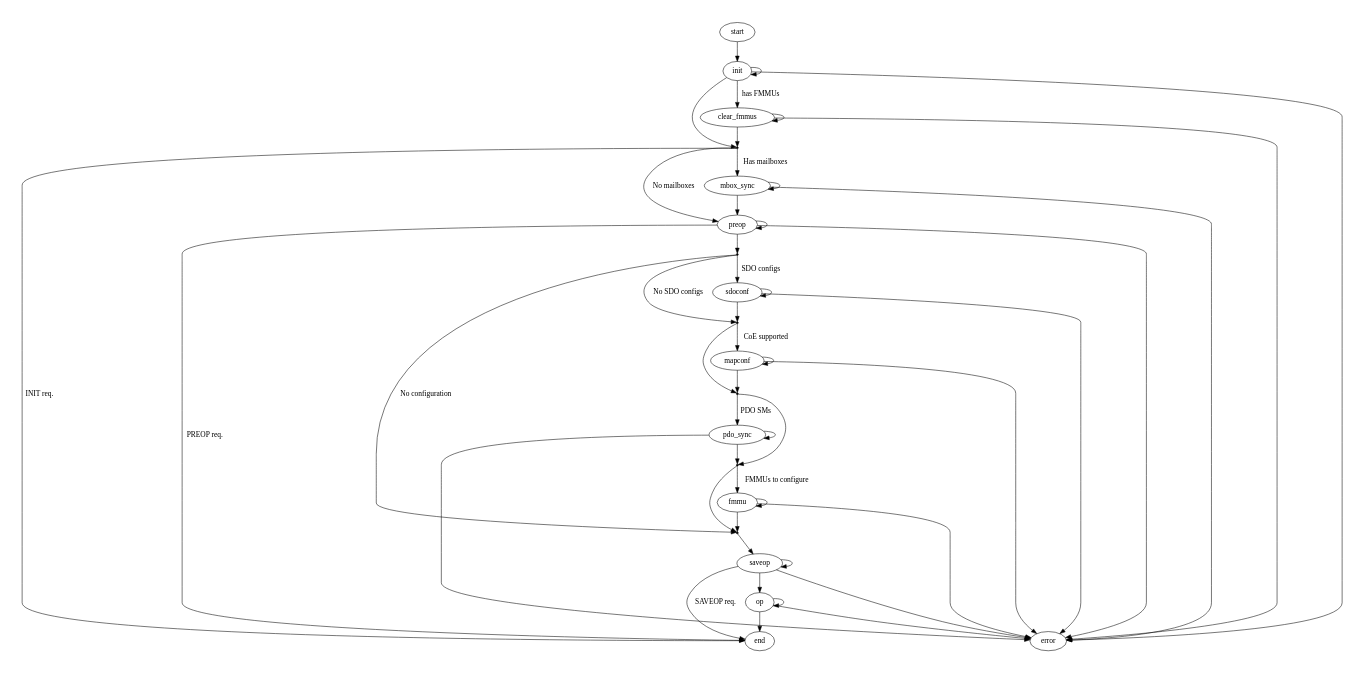
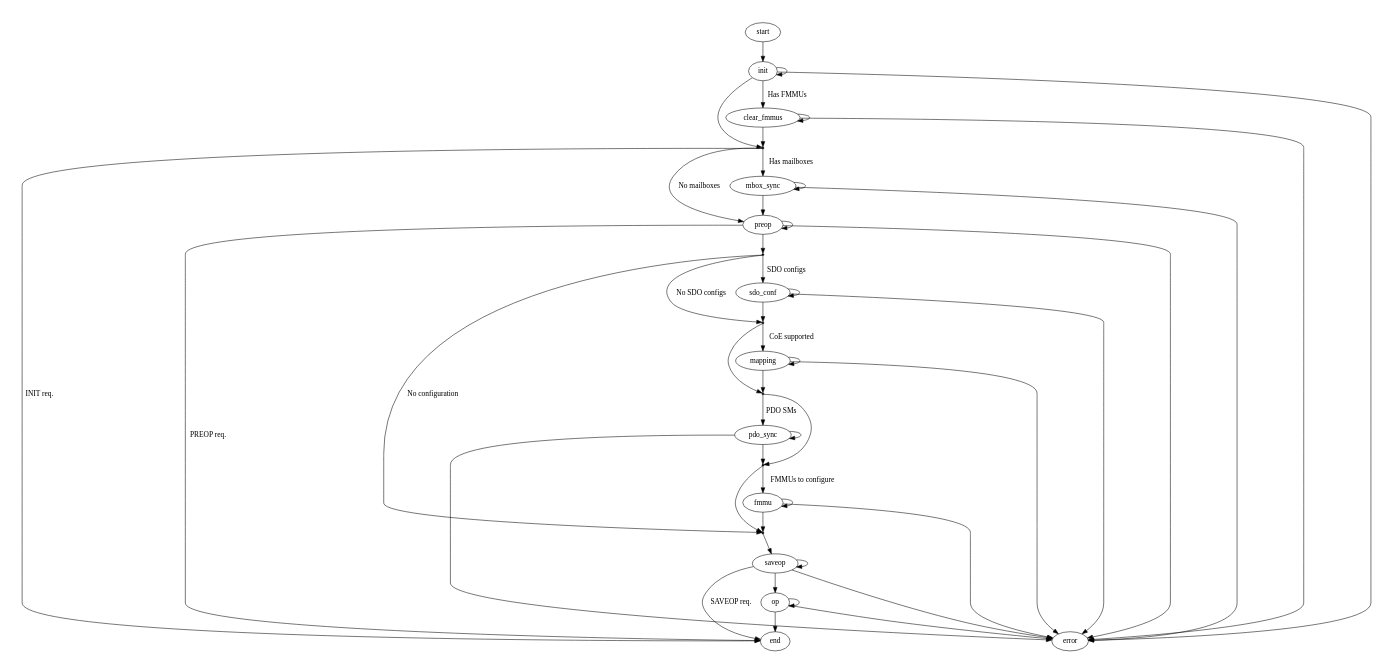
The diagram in documentation/graphs/fsm_slave_conf.dot (ribalda/ethercat), drawn with Graphviz before and after one commit. The commit also changed 1 other file, not shown here.

Commit message:
Renamed a few configuration states.

```diff
--- a/documentation/graphs/fsm_slave_conf.dot
+++ b/documentation/graphs/fsm_slave_conf.dot
@@ -1,60 +1,60 @@
 digraph slaveconf {
     size="7,9"
     center=1
 	ratio=fill
 
     enter_mbox_sync [shape=point,label=""]
     enter_fmmu [shape=point,label=""]
-    enter_sdoconf [shape=point,label=""]
-    enter_mapconf [shape=point,label=""]
+    enter_sdo_conf [shape=point,label=""]
+    enter_mapping [shape=point,label=""]
     enter_pdo_sync [shape=point,label=""]
     enter_saveop [shape=point,label=""]
 
     start -> init [weight=10]
     init -> init
     init -> error
     init -> enter_mbox_sync
-    init -> clear_fmmus [label="has FMMUs", weight=10]
+    init -> clear_fmmus [label="Has FMMUs", weight=10]
     clear_fmmus -> clear_fmmus
     clear_fmmus -> error
     clear_fmmus -> enter_mbox_sync [weight=10]
     enter_mbox_sync -> end [label="INIT req."]
     enter_mbox_sync -> preop [label="No mailboxes"]
     enter_mbox_sync -> mbox_sync [label="Has mailboxes", weight=10]
     mbox_sync -> mbox_sync
     mbox_sync -> error
     mbox_sync -> preop [weight=10]
     preop -> preop
     preop -> error
     preop -> end [label="PREOP req."]
-    preop -> enter_sdoconf [weight=10]
-    enter_sdoconf -> enter_saveop [label="No configuration"]
-    enter_sdoconf -> enter_mapconf [label="No SDO configs"]
-    enter_sdoconf -> sdoconf [label="SDO configs", weight=10]
-    sdoconf -> sdoconf
-    sdoconf -> error
-    sdoconf -> enter_mapconf [weight=10]
-    enter_mapconf -> mapconf [label="CoE supported", weight=10]
-    enter_mapconf -> enter_pdo_sync
-    mapconf -> mapconf
-    mapconf -> error
-    mapconf -> enter_pdo_sync [weight=10]
+    preop -> enter_sdo_conf [weight=10]
+    enter_sdo_conf -> enter_saveop [label="No configuration"]
+    enter_sdo_conf -> enter_mapping [label="No SDO configs"]
+    enter_sdo_conf -> sdo_conf [label="SDO configs", weight=10]
+    sdo_conf -> sdo_conf
+    sdo_conf -> error
+    sdo_conf -> enter_mapping [weight=10]
+    enter_mapping -> mapping [label="CoE supported", weight=10]
+    enter_mapping -> enter_pdo_sync
+    mapping -> mapping
+    mapping -> error
+    mapping -> enter_pdo_sync [weight=10]
     enter_pdo_sync -> pdo_sync [label="PDO SMs", weight=10]
     enter_pdo_sync -> enter_fmmu
     pdo_sync -> pdo_sync
     pdo_sync -> error
     pdo_sync -> enter_fmmu [weight=10]
     enter_fmmu -> enter_saveop
     enter_fmmu -> fmmu [label="FMMUs to configure", weight=10]
     fmmu -> fmmu
     fmmu -> error
     fmmu -> enter_saveop [weight=10]
     enter_saveop -> saveop
     saveop -> saveop
     saveop -> error
     saveop -> end [label="SAVEOP req."]
     saveop -> op [weight=10]
     op -> op
     op -> error
     op -> end [weight=10]
 }
```
